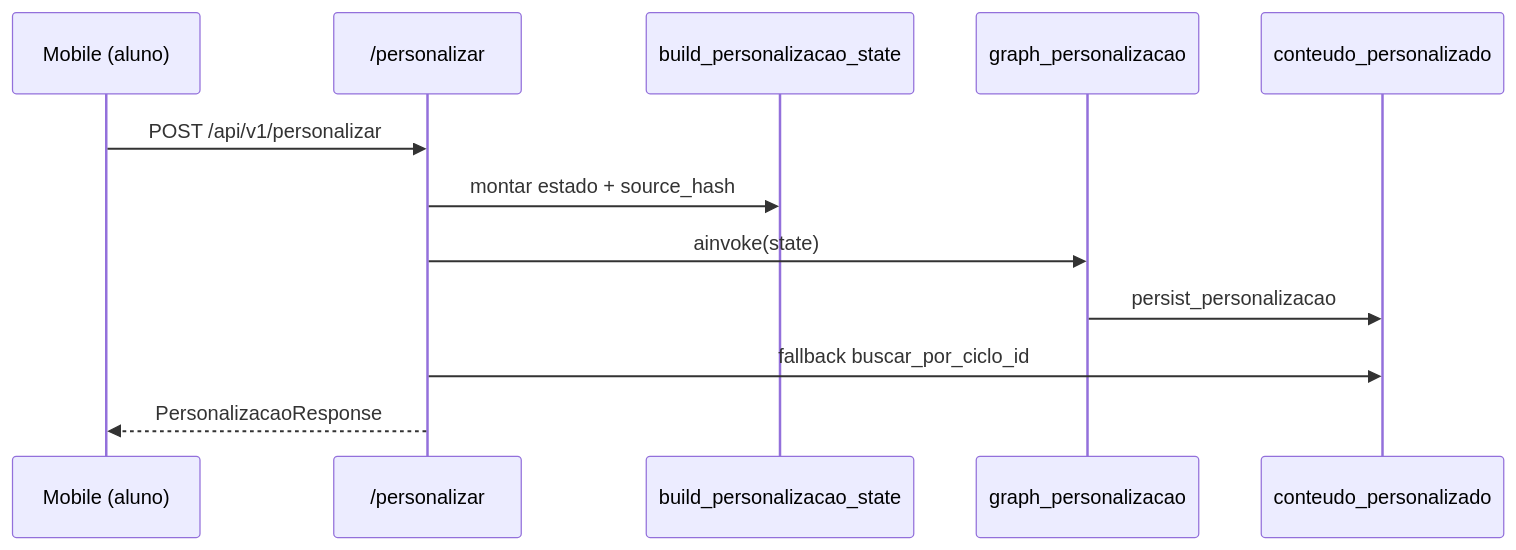
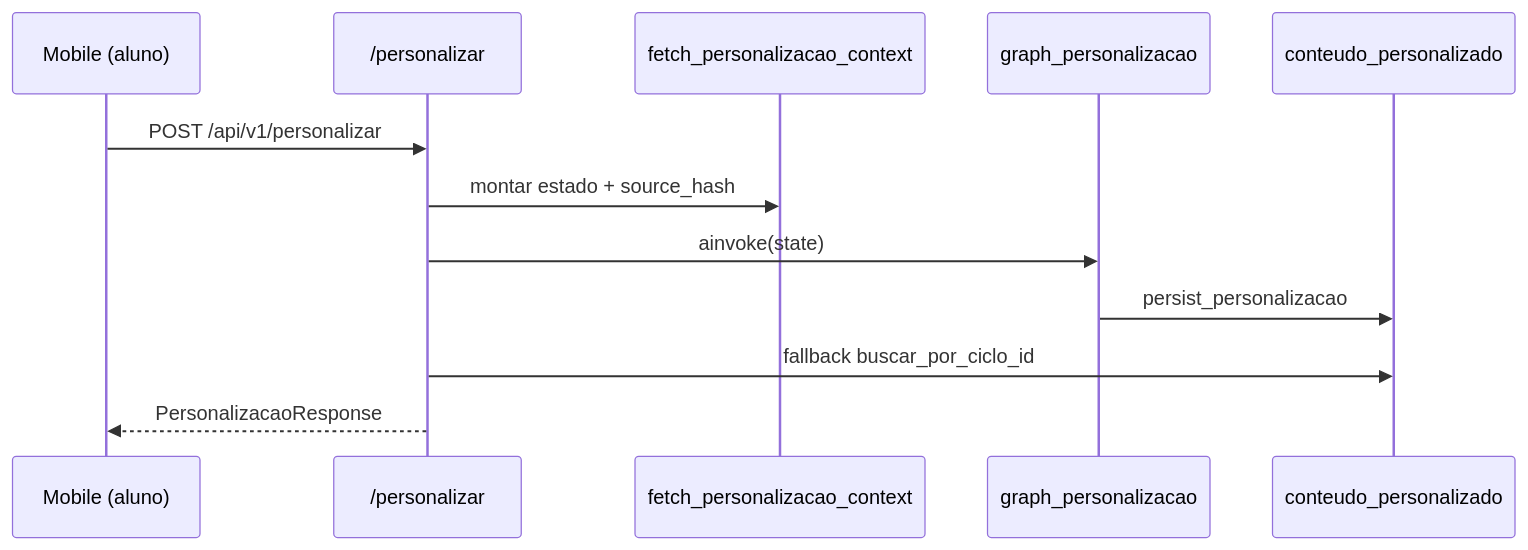
The tenth of 14 diagrams in docs/frontend/funcionamento-api-arquitetura-fluxos.md (Geisbelly/TrailUp), drawn with Mermaid before and after one commit. The commit also changed other lines of this file and 2 other files, not shown here.

First line of the commit message:
chore(api): remove build_personalizacao_state, morta desde abril (#291)

````diff
--- a/docs/frontend/funcionamento-api-arquitetura-fluxos.md
+++ b/docs/frontend/funcionamento-api-arquitetura-fluxos.md
@@ -316,15 +316,15 @@
 ```mermaid
 sequenceDiagram
   participant MOB as Mobile (aluno)
   participant API as /personalizar
-  participant SRV as build_personalizacao_state
+  participant SRV as fetch_personalizacao_context
   participant G as graph_personalizacao
   participant DB as conteudo_personalizado
 
   MOB->>API: POST /api/v1/personalizar
   API->>SRV: montar estado + source_hash
   API->>G: ainvoke(state)
   G->>DB: persist_personalizacao
   API->>DB: fallback buscar_por_ciclo_id
   API-->>MOB: PersonalizacaoResponse
 ```
````
